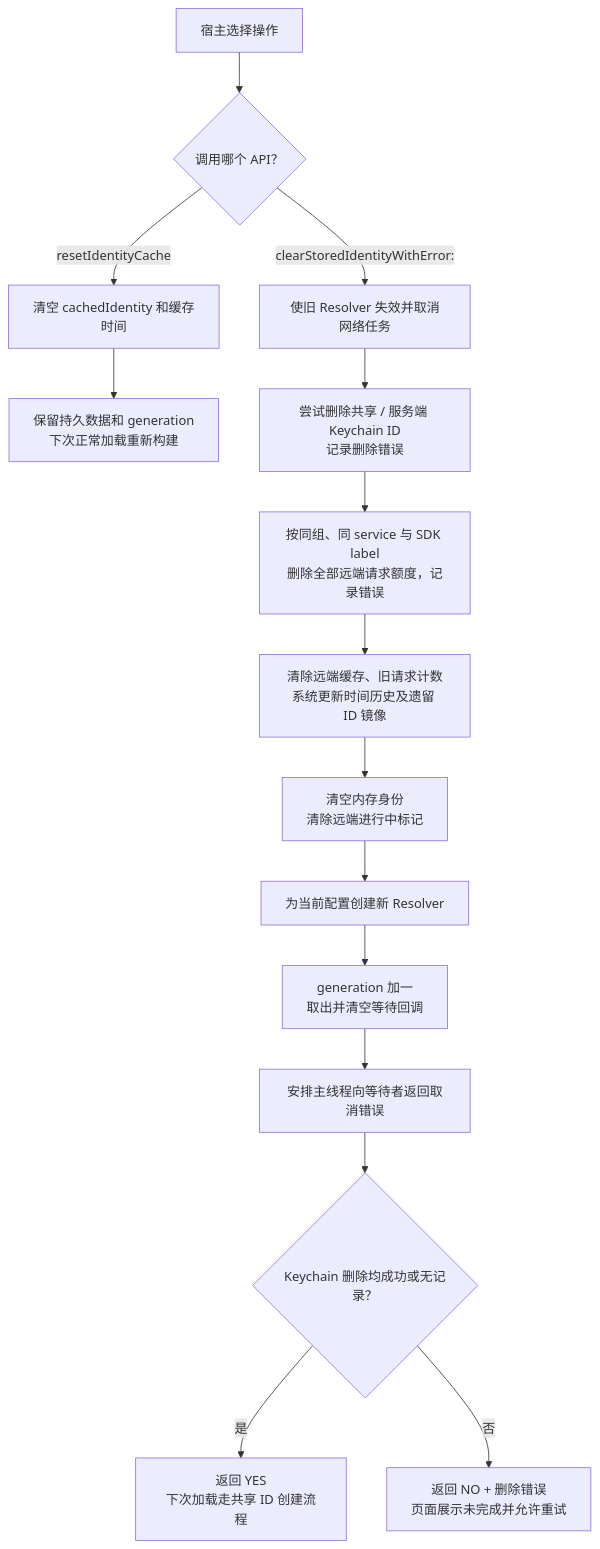
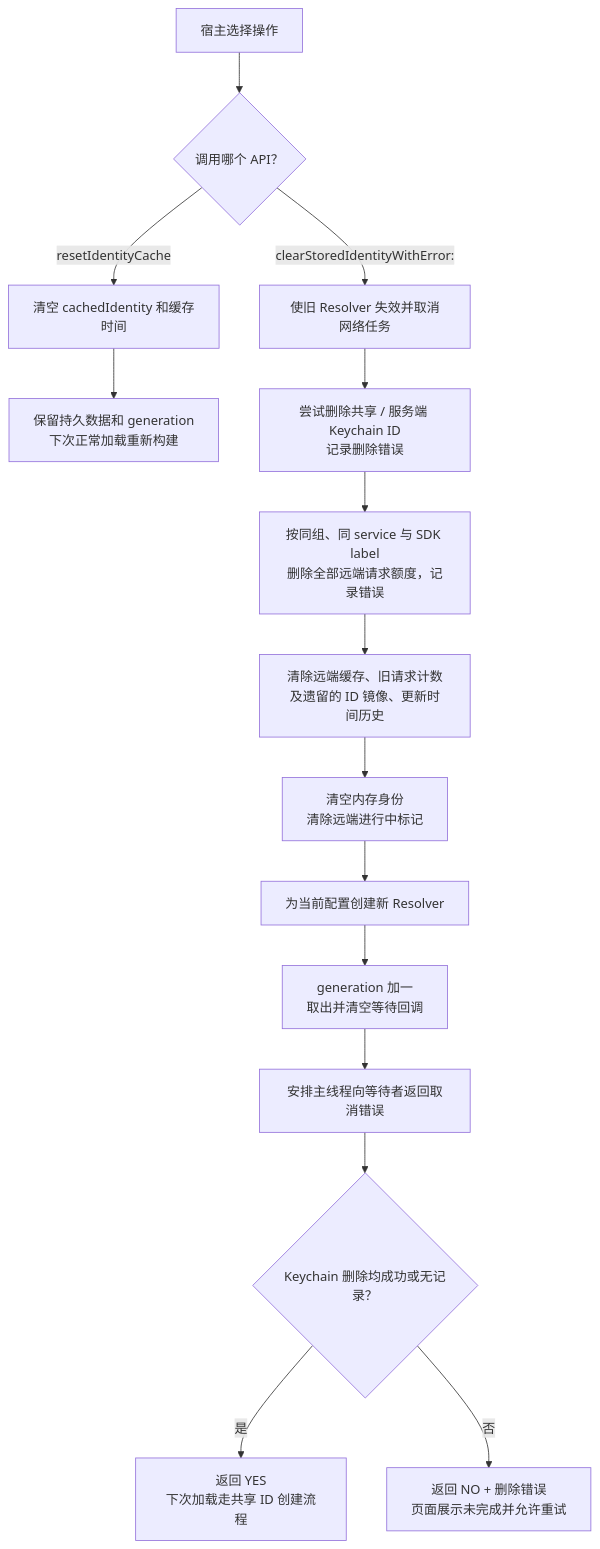
Before and after one commit to shanbozhu/TestOC: diagram 13 of 14 in PBCrossAppUniqueDeviceIdentifier/Docs/FeatureFlows.md, drawn with Mermaid. The commit also changed other lines of this file and 15 other files, not shown here.

````diff
--- a/PBCrossAppUniqueDeviceIdentifier/Docs/FeatureFlows.md
+++ b/PBCrossAppUniqueDeviceIdentifier/Docs/FeatureFlows.md
@@ -381,17 +381,17 @@
 ```mermaid
 flowchart TD
     Start["宿主选择操作"] --> Kind{"调用哪个 API？"}
     Kind -->|resetIdentityCache| Reset["清空 cachedIdentity 和缓存时间"]
     Reset --> ResetDone["保留持久数据和 generation<br/>下次正常加载重新构建"]
     Kind -->|clearStoredIdentityWithError:| Invalidate["使旧 Resolver 失效并取消网络任务"]
     Invalidate --> Delete["尝试删除共享 / 服务端 Keychain ID<br/>记录删除错误"]
     Delete --> Quota["按同组、同 service 与 SDK label<br/>删除全部远端请求额度，记录错误"]
-    Quota --> Persistent["清除远端缓存、旧请求计数<br/>系统更新时间历史及遗留 ID 镜像"]
+    Quota --> Persistent["清除远端缓存、旧请求计数<br/>及遗留的 ID 镜像、更新时间历史"]
     Persistent --> Memory["清空内存身份<br/>清除远端进行中标记"]
     Memory --> Resolver["为当前配置创建新 Resolver"]
     Resolver --> Generation["generation 加一<br/>取出并清空等待回调"]
     Generation --> Cancel["安排主线程向等待者返回取消错误"]
     Cancel --> Result{"Keychain 删除均成功或无记录？"}
     Result -->|是| Done["返回 YES<br/>下次加载走共享 ID 创建流程"]
     Result -->|否| Failed["返回 NO + 删除错误<br/>页面展示未完成并允许重试"]
 ```
````
